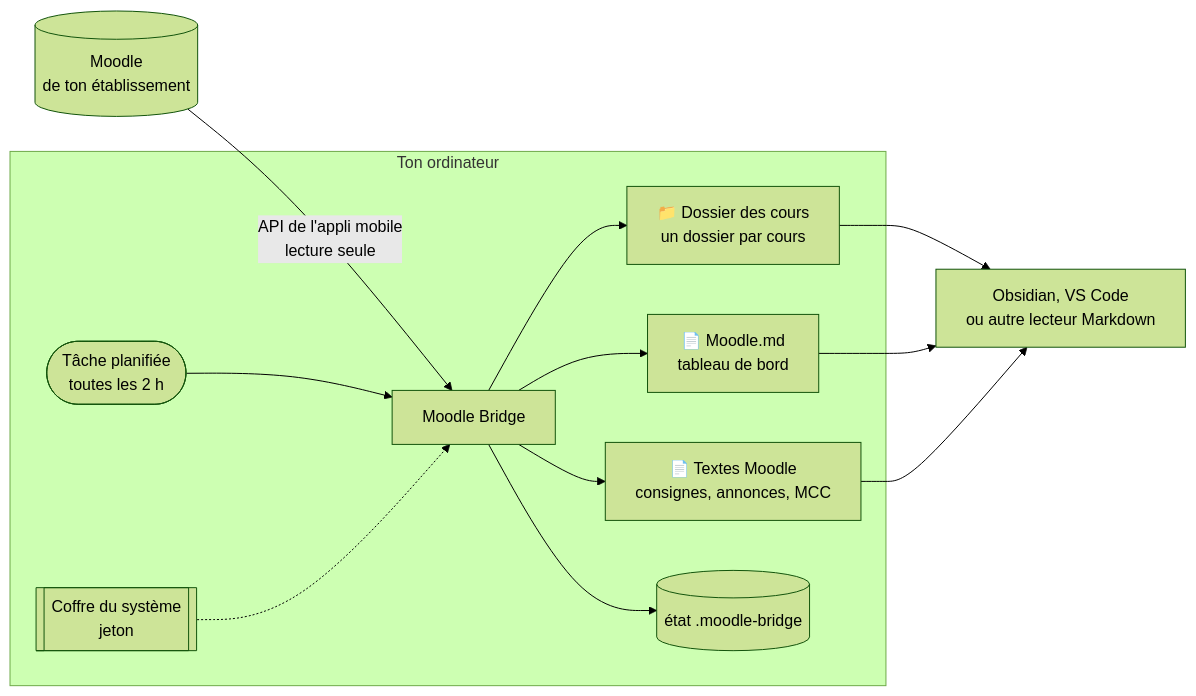
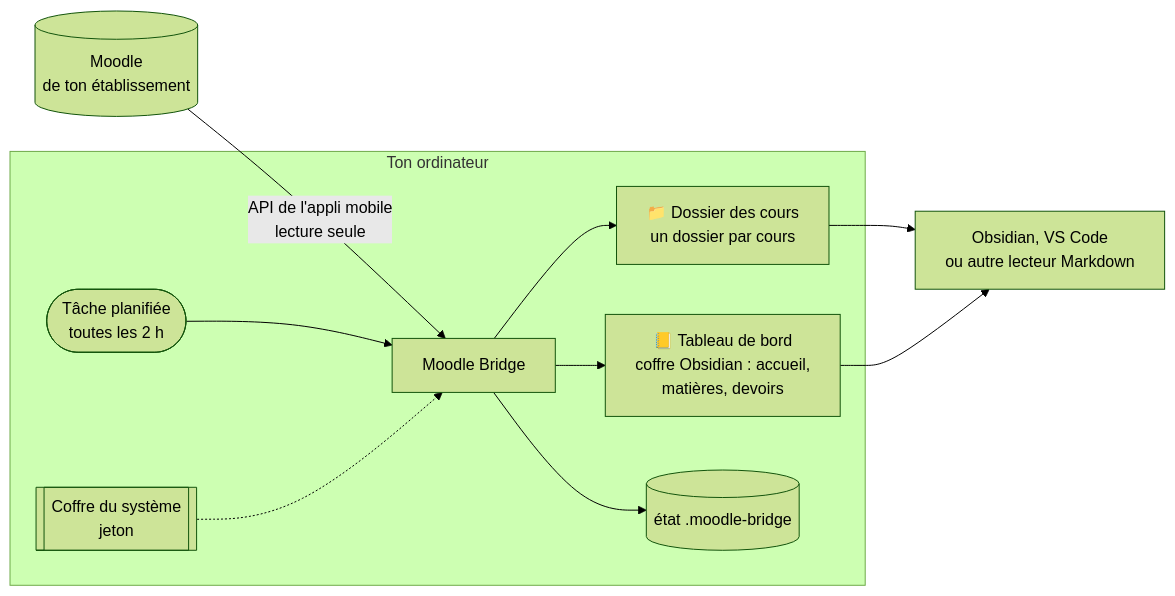
One commit to ArthurArctique/Moodle-Bridge changed the diagram in README.md. Above: the diagram before and after it, drawn with Mermaid (forest theme). The commit also changed other lines of this file and 11 other files, not shown here.

First line of the commit message:
Coffre Obsidian déterministe (1.1.0)

````diff
--- a/README.md
+++ b/README.md
@@ -126,15 +132,14 @@
 ```mermaid
 flowchart LR
     M[(Moodle<br/>de ton établissement)] -- "API de l'appli mobile<br/>lecture seule" --> P
 
     subgraph O[Ton ordinateur]
         T([Tâche planifiée<br/>toutes les 2 h]) --> P[Moodle Bridge]
         J[[Coffre du système<br/>jeton]] -.-> P
         P --> D[📁 Dossier des cours<br/>un dossier par cours]
-        P --> I[📄 Moodle.md<br/>tableau de bord]
-        P --> X[📄 Textes Moodle<br/>consignes, annonces, MCC]
+        P --> V[📒 Tableau de bord<br/>coffre Obsidian : accueil,<br/>matières, devoirs]
         P --> S[(état .moodle-bridge)]
     end
 
-    D & I & X --> R[Obsidian, VS Code<br/>ou autre lecteur Markdown]
+    D & V --> R[Obsidian, VS Code<br/>ou autre lecteur Markdown]
 ```
````
